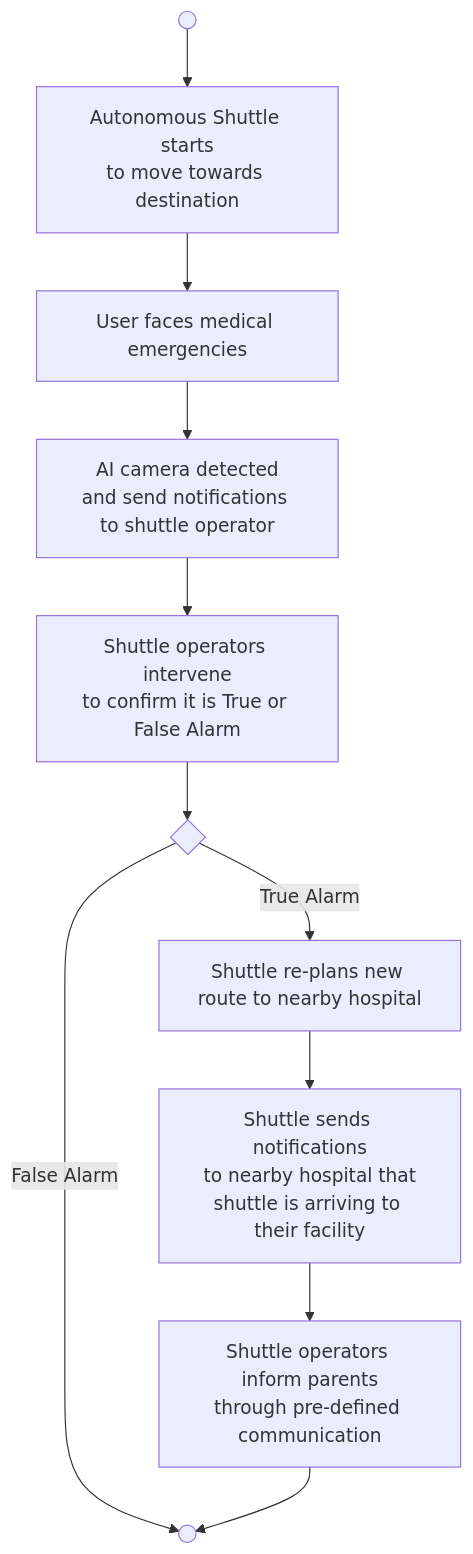
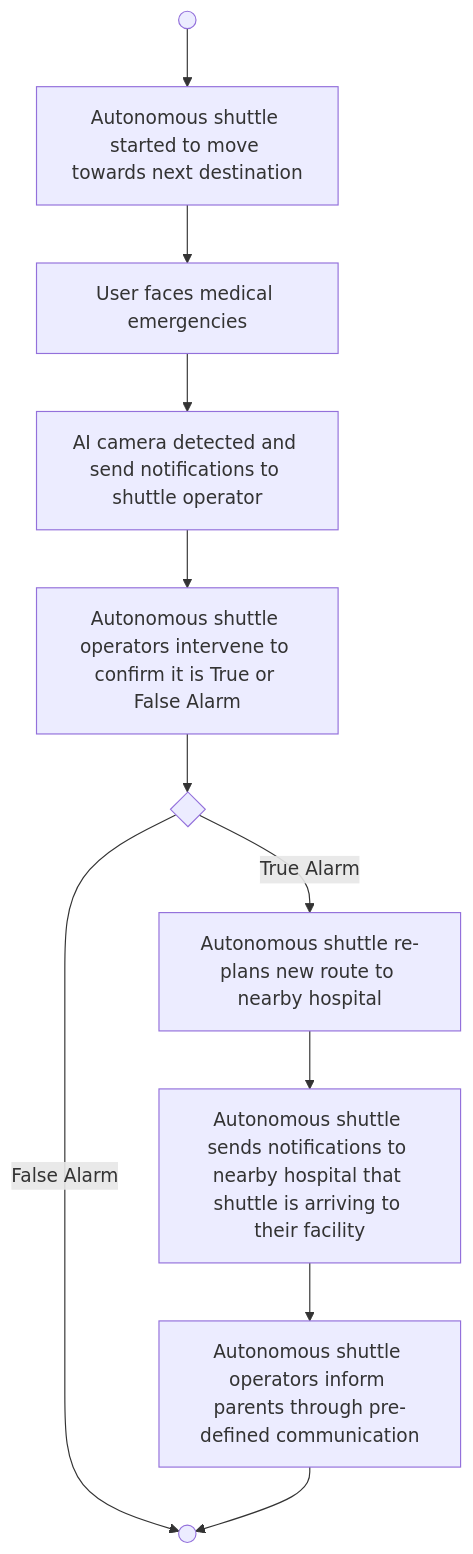
The second of 3 diagrams in README.md (Jy-Lau/ad_system_main), drawn with Mermaid before and after one commit. The commit also changed other lines of this file, not shown here.

````diff
--- a/README.md
+++ b/README.md
@@ -46,16 +46,16 @@
 ```mermaid
 flowchart TD
 
-    0(( )) --> 1[Autonomous Shuttle starts\nto move towards destination]
+    0(( )) --> 1[Autonomous shuttle started to move towards next destination]
     1 --> 2[User faces medical emergencies]
-    2 --> 3[AI camera detected\nand send notifications to shuttle operator ]
-    3 --> 4[Shuttle operators intervene\nto confirm it is True or False Alarm]
+    2 --> 3[AI camera detected and send notifications to shuttle operator ]
+    3 --> 4[Autonomous shuttle operators intervene to confirm it is True or False Alarm]
     4 --> 4A{ }
-    4A -->|True Alarm| 5[Shuttle re-plans new route to nearby hospital]
+    4A -->|True Alarm| 5[Autonomous shuttle re-plans new route to nearby hospital]
     4A -->|False Alarm| 8(( ))
-    5 --> 6[Shuttle sends notifications\nto nearby hospital that\nshuttle is arriving to their facility]
-    6 --> 7[Shuttle operators inform parents\nthrough pre-defined communication]
+    5 --> 6[Autonomous shuttle sends notifications to nearby hospital that shuttle is arriving to their facility]
+    6 --> 7[Autonomous shuttle operators inform parents through pre-defined communication]
     7 --> 8
 
     class 0,8 circle;
 ```
````
